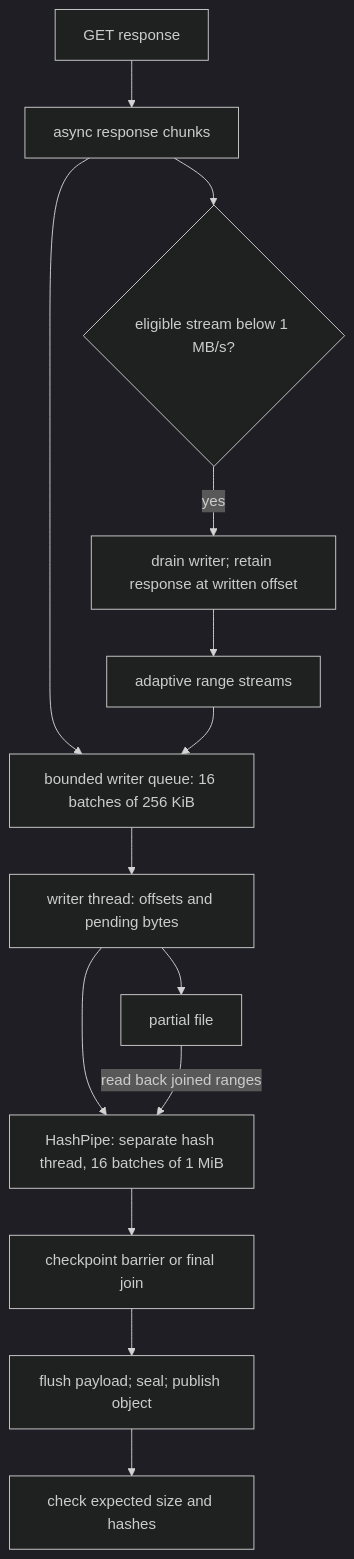
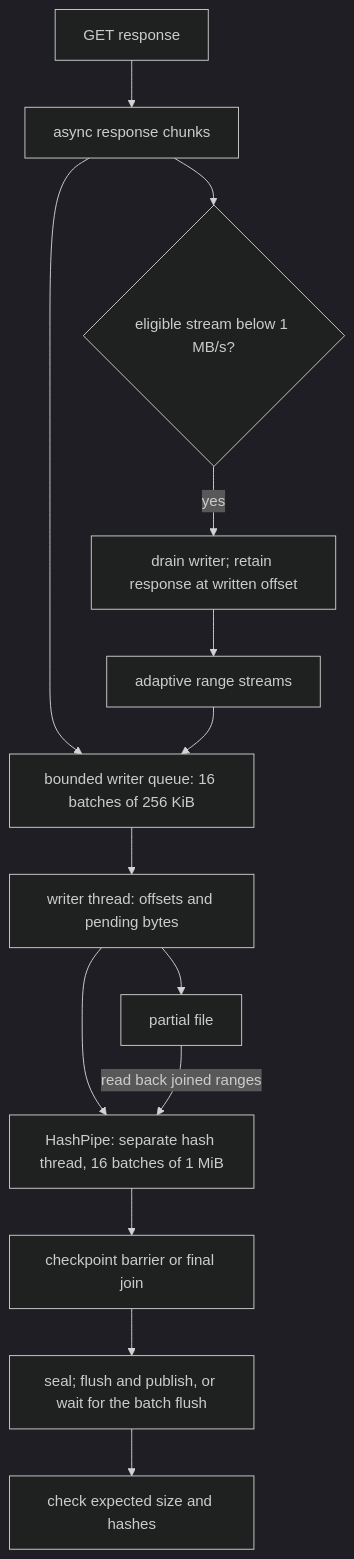
One commit to nikhil-yn-aix/fetchloom changed the diagram in docs/dev/architecture/network.md. Above: the diagram before and after it, drawn with Mermaid (dark theme). The commit also changed other lines of this file and 2 other files, not shown here.

Commit message:
document batch durability and its measurement

````diff
--- a/docs/dev/architecture/network.md
+++ b/docs/dev/architecture/network.md
@@ -29,16 +29,16 @@
 ```mermaid
 flowchart TD
     request["GET response"] --> body["async response chunks"]
     body --> queue["bounded writer queue: 16 batches of 256 KiB"]
     queue --> writer["writer thread: offsets and pending bytes"]
     writer --> disk["partial file"]
     writer --> hash["HashPipe: separate hash thread, 16 batches of 1 MiB"]
     disk -->|"read back joined ranges"| hash
     body --> slow{"eligible stream below 1 MB/s?"}
     slow -->|yes| handover["drain writer; retain response at written offset"]
     handover --> split["adaptive range streams"]
     split --> queue
     hash --> barrier["checkpoint barrier or final join"]
-    barrier --> finish["flush payload; seal; publish object"]
+    barrier --> finish["seal; flush and publish, or wait for the batch flush"]
     finish --> check["check expected size and hashes"]
 ```
````
